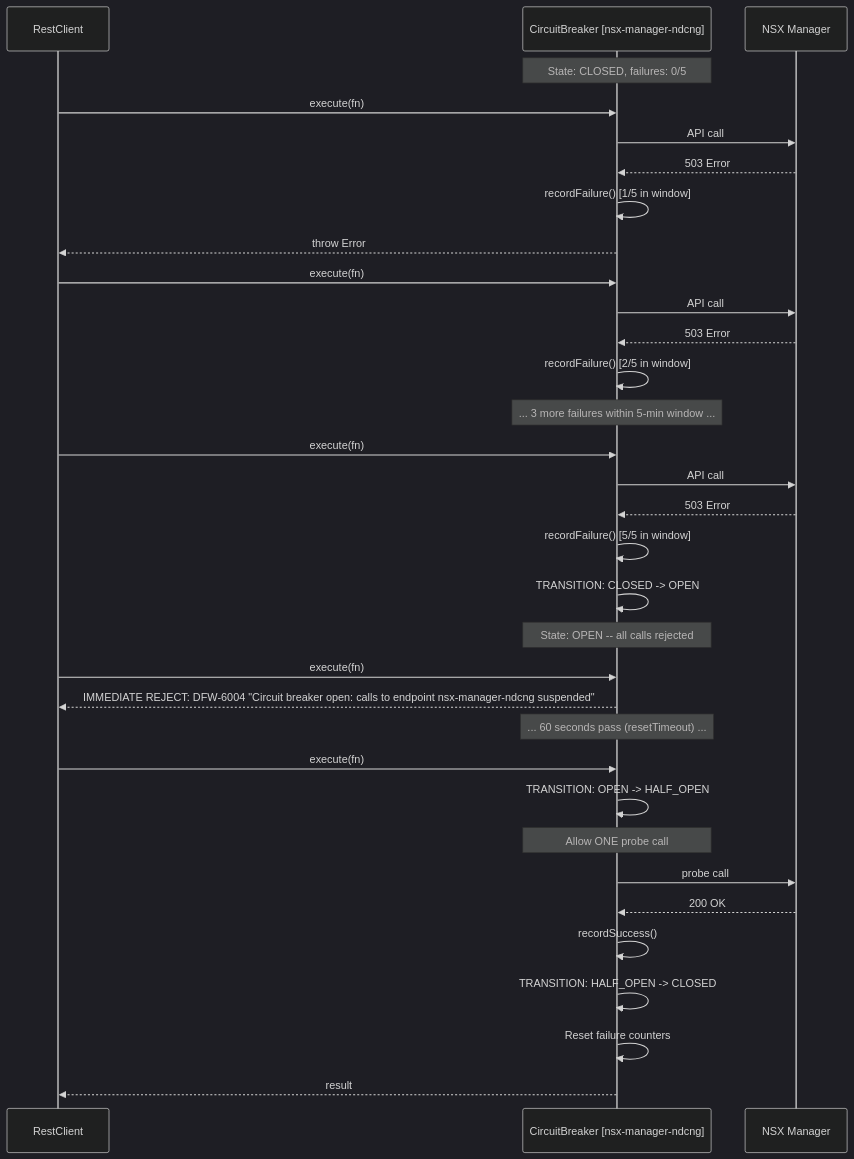
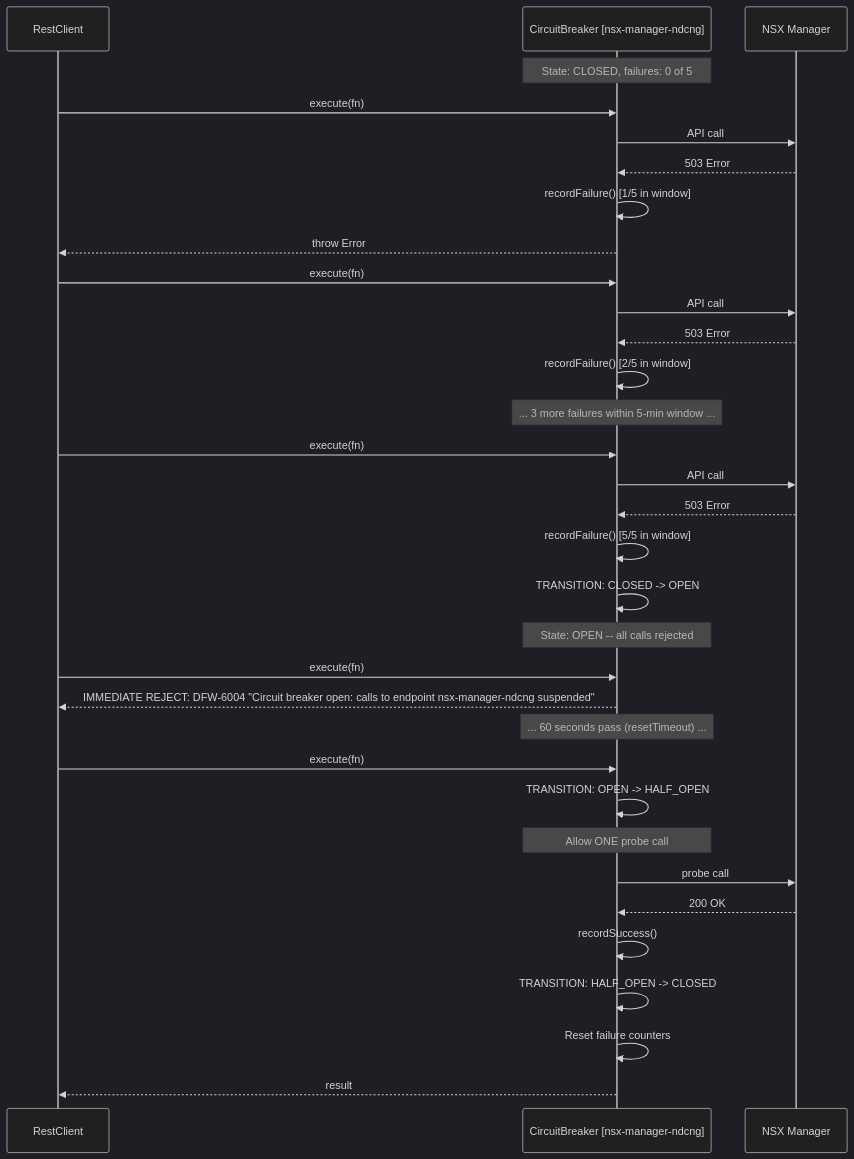
The tenth of 13 diagrams in docs/LLD.md (srikanth-nalam/dfw-automation-pipeline), drawn with Mermaid (dark theme) before and after one commit. The commit also changed other lines of this file and 12 other files, not shown here.

First line of the commit message:
fix: resolve Mermaid diagram rendering issues across all docs

````diff
--- a/docs/LLD.md
+++ b/docs/LLD.md
@@ -1345,44 +1379,44 @@
 ```mermaid
 sequenceDiagram
     participant Client as RestClient
     participant CB as CircuitBreaker [nsx-manager-ndcng]
     participant API as NSX Manager
 
-    Note over CB: State: CLOSED, failures: 0/5
+    Note over CB: State: CLOSED, failures: 0 of 5
 
     Client->>CB: execute(fn)
     CB->>API: API call
     API-->>CB: 503 Error
     CB->>CB: recordFailure() [1/5 in window]
     CB-->>Client: throw Error
 
     Client->>CB: execute(fn)
     CB->>API: API call
     API-->>CB: 503 Error
     CB->>CB: recordFailure() [2/5 in window]
 
     Note over CB: ... 3 more failures within 5-min window ...
 
     Client->>CB: execute(fn)
     CB->>API: API call
     API-->>CB: 503 Error
     CB->>CB: recordFailure() [5/5 in window]
     CB->>CB: TRANSITION: CLOSED -> OPEN
 
     Note over CB: State: OPEN -- all calls rejected
 
     Client->>CB: execute(fn)
     CB-->>Client: IMMEDIATE REJECT: DFW-6004 "Circuit breaker open: calls to endpoint nsx-manager-ndcng suspended"
 
     Note over CB: ... 60 seconds pass (resetTimeout) ...
 
     Client->>CB: execute(fn)
     CB->>CB: TRANSITION: OPEN -> HALF_OPEN
     Note over CB: Allow ONE probe call
     CB->>API: probe call
     API-->>CB: 200 OK
     CB->>CB: recordSuccess()
     CB->>CB: TRANSITION: HALF_OPEN -> CLOSED
     CB->>CB: Reset failure counters
     CB-->>Client: result
 ```
````
